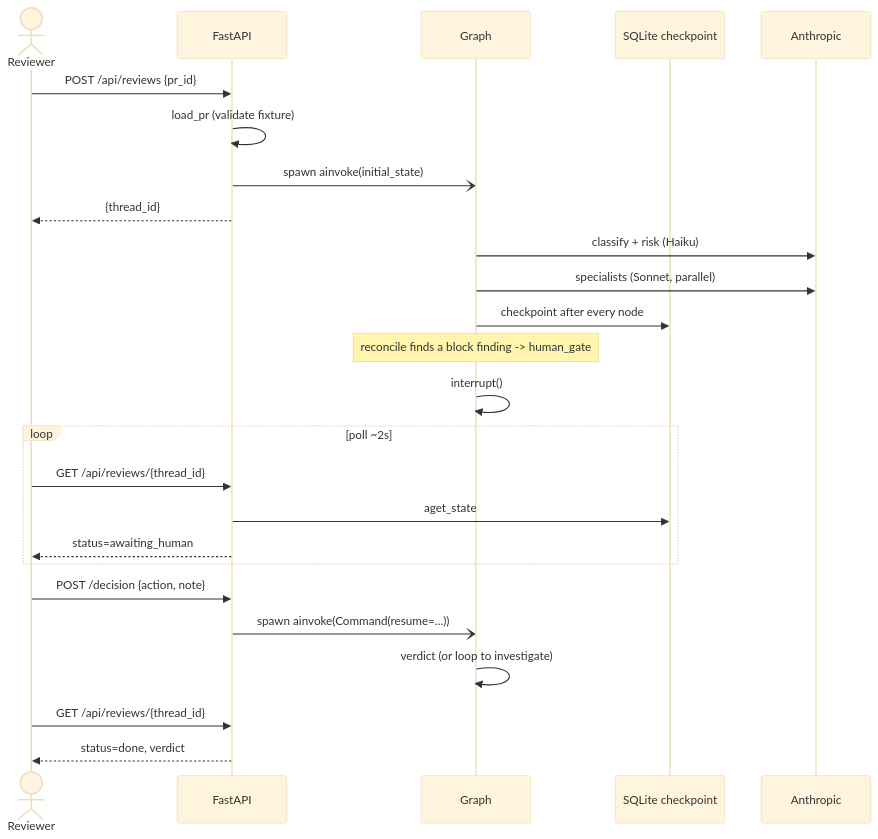
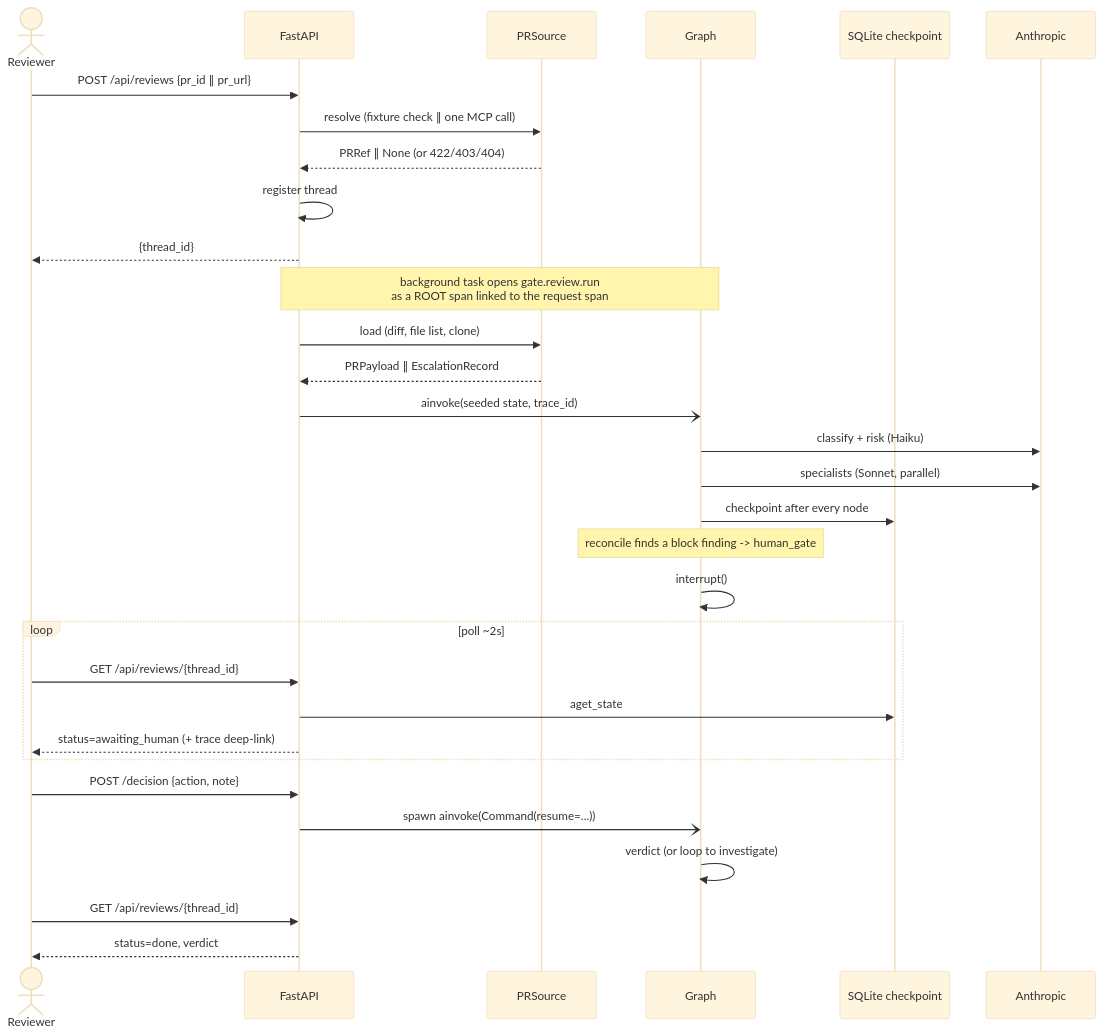
The fifth of 8 diagrams in .agents_workspace/ARCHITECTURE.md (cheneeheng/pr-compliance-gate), drawn with Mermaid (base theme) before and after one commit. The commit also changed other lines of this file, not shown here.

First line of the commit message:
docs(architecture): bring the living picture to the v2 state

````diff
--- a/.agents_workspace/ARCHITECTURE.md
+++ b/.agents_workspace/ARCHITECTURE.md
@@ -89,28 +130,34 @@
 ```mermaid
 sequenceDiagram
     actor R as Reviewer
     participant API as FastAPI
+    participant S as PRSource
     participant G as Graph
     participant CP as SQLite checkpoint
     participant A as Anthropic
 
-    R->>API: POST /api/reviews {pr_id}
-    API->>API: load_pr (validate fixture)
-    API-)G: spawn ainvoke(initial_state)
+    R->>API: POST /api/reviews {pr_id ∥ pr_url}
+    API->>S: resolve (fixture check ∥ one MCP call)
+    S-->>API: PRRef ∥ None (or 422/403/404)
+    API->>API: register thread
     API-->>R: {thread_id}
+    Note over API,G: background task opens gate.review.run<br/>as a ROOT span linked to the request span
+    API->>S: load (diff, file list, clone)
+    S-->>API: PRPayload ∥ EscalationRecord
+    API-)G: ainvoke(seeded state, trace_id)
     G->>A: classify + risk (Haiku)
     G->>A: specialists (Sonnet, parallel)
     G->>CP: checkpoint after every node
     Note over G: reconcile finds a block finding -> human_gate
     G->>G: interrupt()
     loop poll ~2s
         R->>API: GET /api/reviews/{thread_id}
         API->>CP: aget_state
-        API-->>R: status=awaiting_human
+        API-->>R: status=awaiting_human (+ trace deep-link)
     end
     R->>API: POST /decision {action, note}
     API-)G: spawn ainvoke(Command(resume=...))
     G->>G: verdict (or loop to investigate)
     R->>API: GET /api/reviews/{thread_id}
     API-->>R: status=done, verdict
 ```
````
